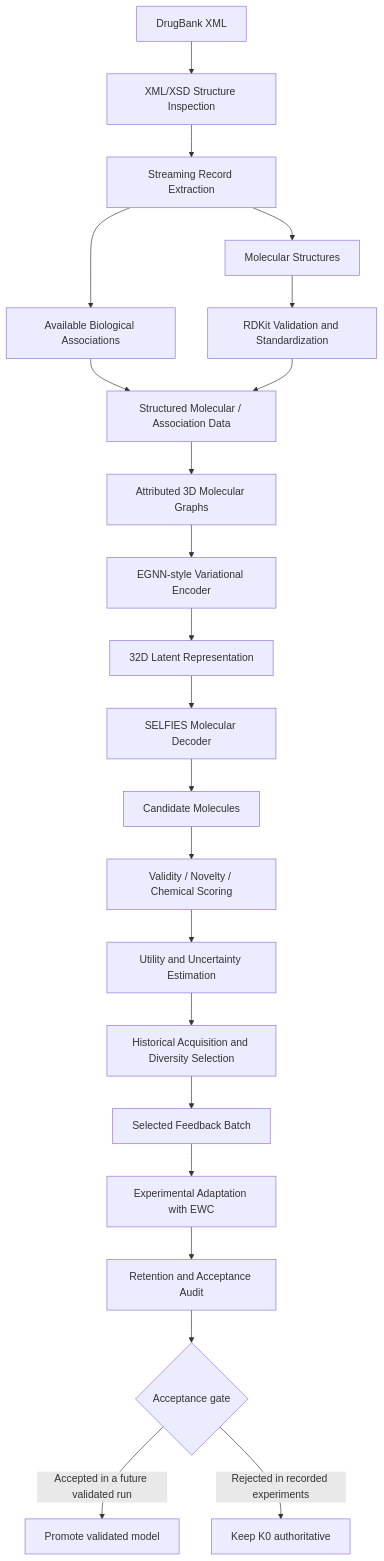
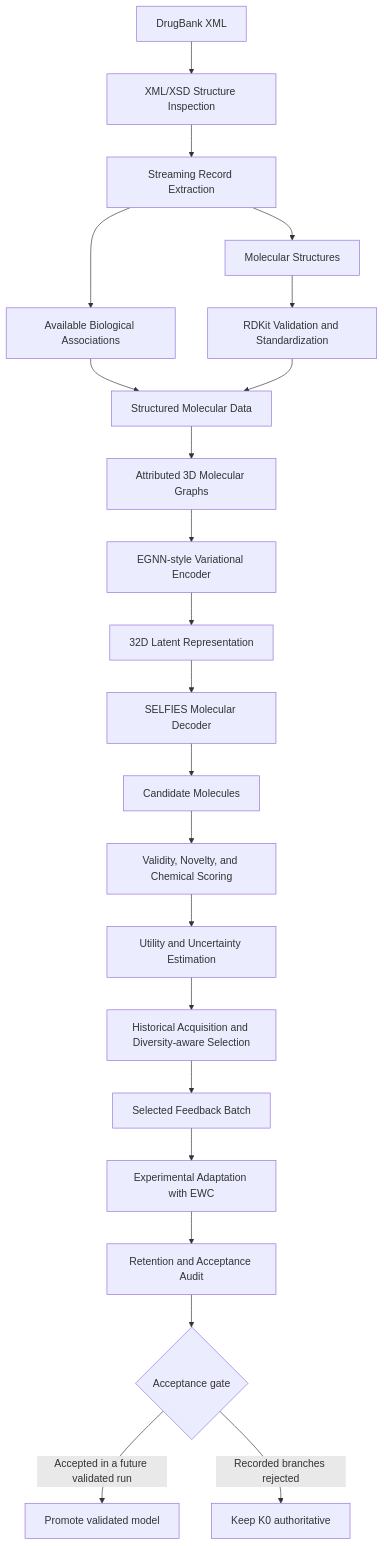
Before and after one commit to bhagchandaniniraj/SelfEvolving-Molecular-AI: the diagram in README.md, drawn with Mermaid. The commit also changed other lines of this file, not shown here.

````diff
--- a/README.md
+++ b/README.md
@@ -101,24 +128,24 @@
-```mermaid
+``` mermaid
 flowchart TD
     A[DrugBank XML] --> B[XML/XSD Structure Inspection]
     B --> C[Streaming Record Extraction]
     C --> D[Molecular Structures]
     C --> E[Available Biological Associations]
     D --> F[RDKit Validation and Standardization]
-    E --> G[Structured Molecular / Association Data]
+    E --> G[Structured Molecular Data]
     F --> G
     G --> H[Attributed 3D Molecular Graphs]
     H --> I[EGNN-style Variational Encoder]
     I --> J[32D Latent Representation]
     J --> K[SELFIES Molecular Decoder]
     K --> L[Candidate Molecules]
-    L --> M[Validity / Novelty / Chemical Scoring]
+    L --> M[Validity, Novelty, and Chemical Scoring]
     M --> N[Utility and Uncertainty Estimation]
-    N --> O[Historical Acquisition and Diversity Selection]
+    N --> O[Historical Acquisition and Diversity-aware Selection]
     O --> P[Selected Feedback Batch]
     P --> Q[Experimental Adaptation with EWC]
     Q --> R[Retention and Acceptance Audit]
     R --> S{Acceptance gate}
     S -->|Accepted in a future validated run| T[Promote validated model]
-    S -->|Rejected in recorded experiments| U[Keep K0 authoritative]
+    S -->|Recorded branches rejected| U[Keep K0 authoritative]
 ```
````
